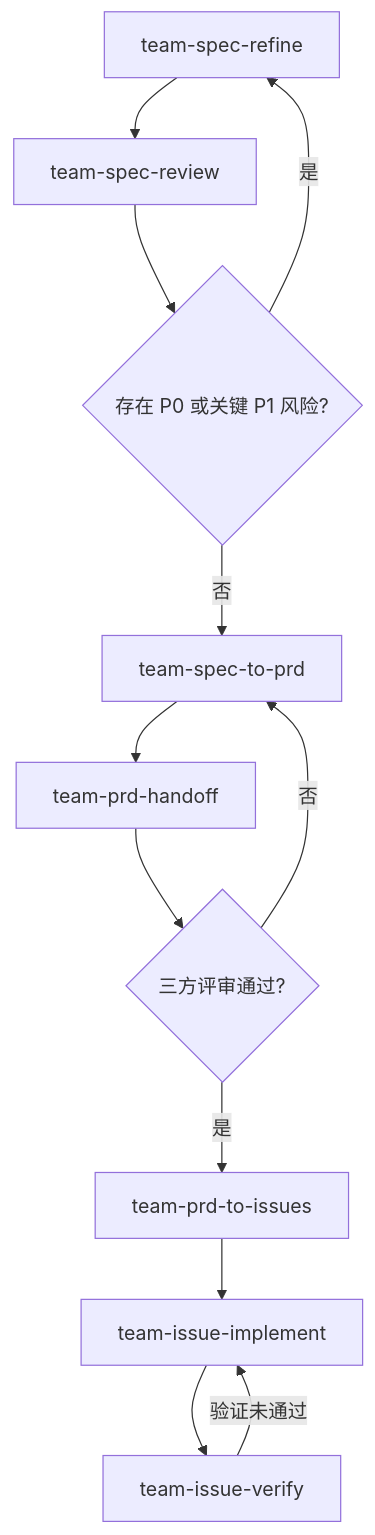
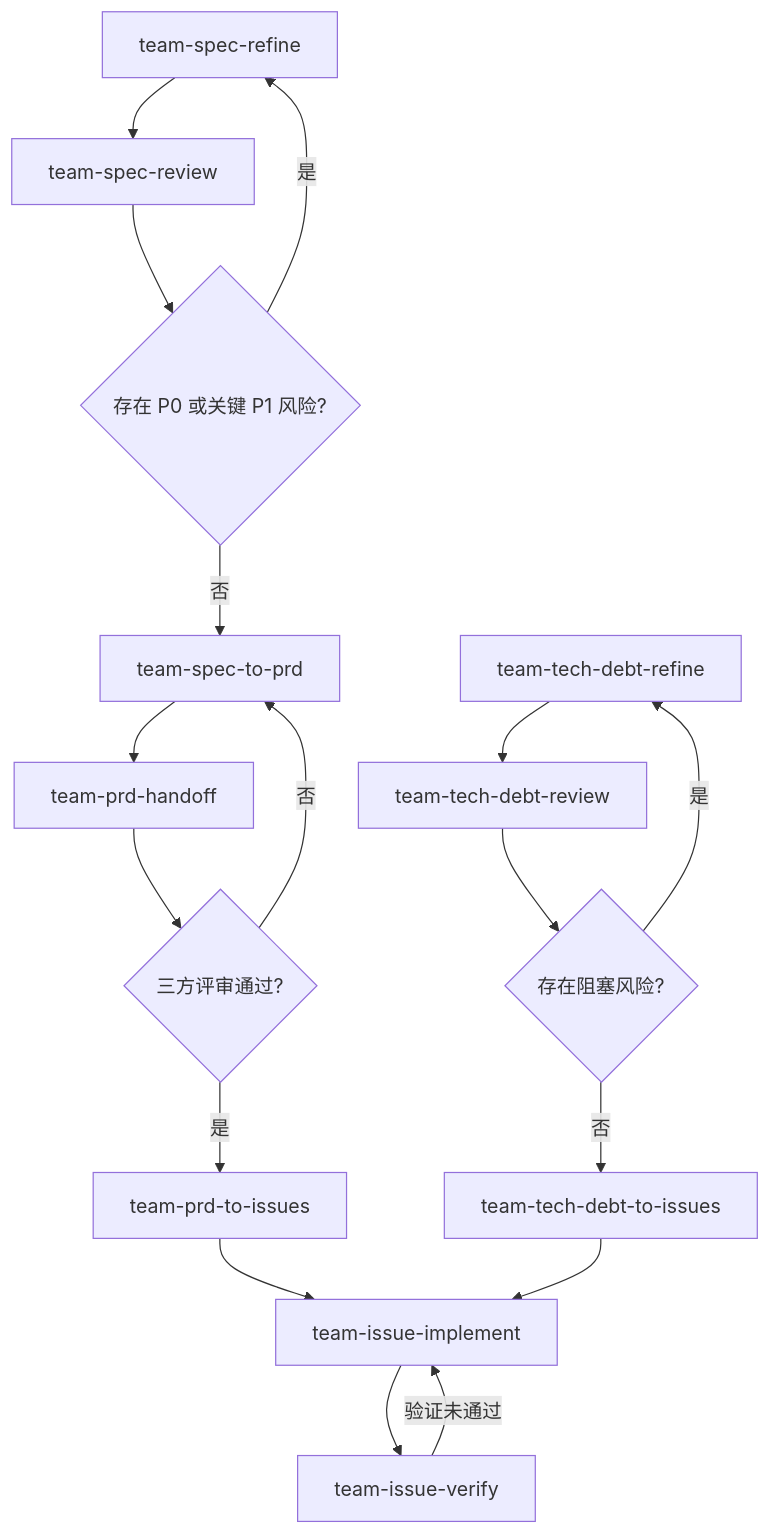
The diagram in README.md (coolbeevip/team-ai-skills), drawn with Mermaid before and after one commit. The commit also changed other lines of this file and 3 other files, not shown here.

First line of the commit message:
Add tech debt skill chain and debt slug convention

````diff
--- a/README.md
+++ b/README.md
@@ -17,14 +17,20 @@
 ```mermaid
 flowchart TD
     A[team-spec-refine] --> B[team-spec-review]
     B --> C{存在 P0 或关键 P1 风险?}
     C -- 是 --> A
     C -- 否 --> D[team-spec-to-prd]
     D --> H[team-prd-handoff]
     H --> E{三方评审通过?}
     E -- 否 --> D
     E -- 是 --> F[team-prd-to-issues]
     F --> G[team-issue-implement]
     G --> I[team-issue-verify]
     I -- 验证未通过 --> G
+
+    J[team-tech-debt-refine] --> K[team-tech-debt-review]
+    K --> L{存在阻塞风险?}
+    L -- 是 --> J
+    L -- 否 --> M[team-tech-debt-to-issues]
+    M --> G
 ```
````
